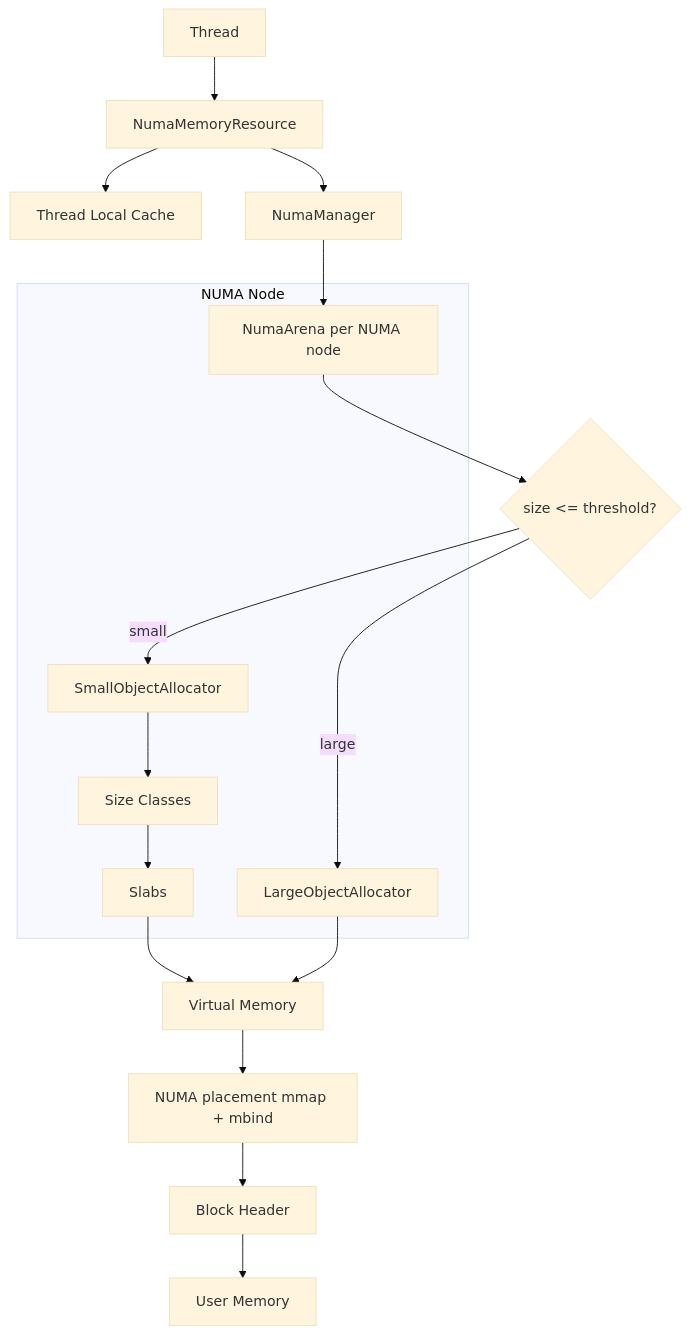
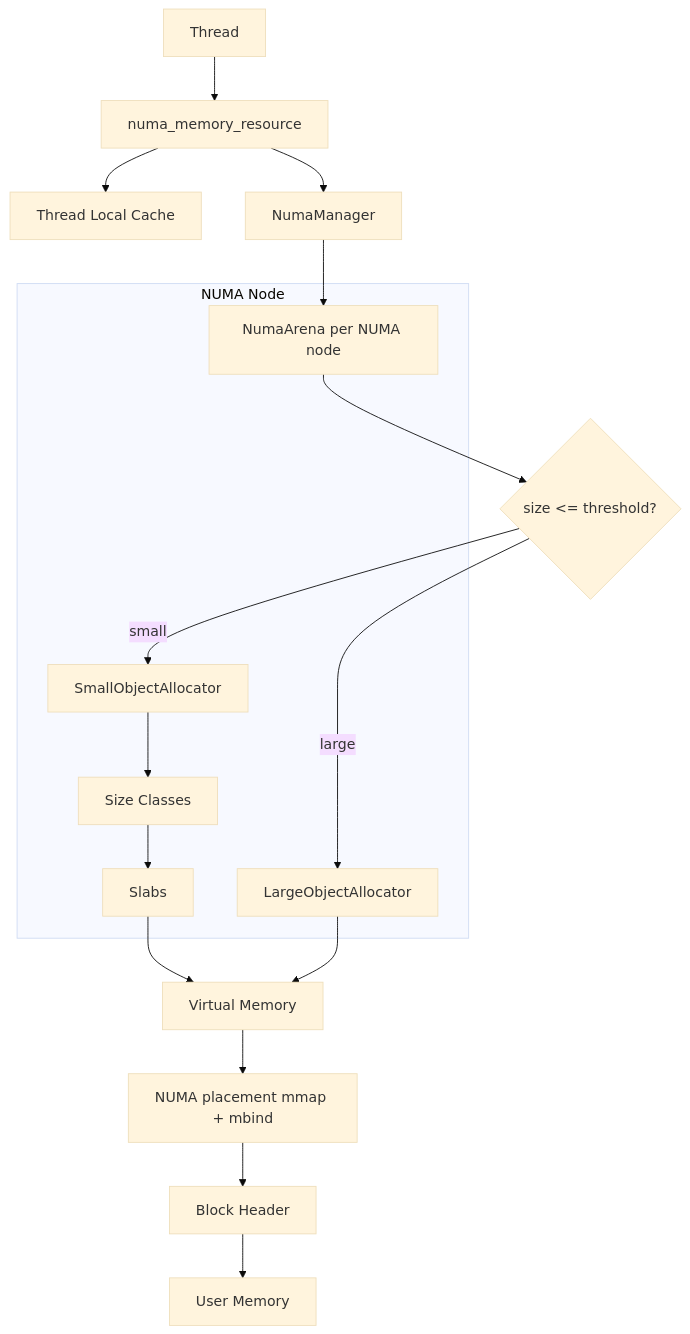
Before and after one commit to donar337/numa-pmr: the diagram in graphic/layers.md, drawn with Mermaid (base theme). The commit also changed 8 other files, not shown here.

````diff
--- a/graphic/layers.md
+++ b/graphic/layers.md
@@ -1,37 +1,37 @@
 ```mermaid
 flowchart TD
 
     T[Thread]
 
-    T --> PMR[NumaMemoryResource]
+    T --> PMR[numa_memory_resource]
 
     PMR --> TLC[Thread Local Cache]
 
     PMR --> NM[NumaManager]
 
     NM --> NA[NumaArena per NUMA node]
 
     NA --> DEC{size <= threshold?}
 
     DEC -- small --> SOA[SmallObjectAllocator]
     DEC -- large --> LOA[LargeObjectAllocator]
 
     SOA --> SC[Size Classes]
     SC --> SL[Slabs]
 
     SL --> VM[Virtual Memory]
     LOA --> VM
 
     VM --> NUMA[NUMA placement mmap + mbind]
 
     NUMA --> BH[Block Header]
     BH --> UM[User Memory]
 
     subgraph NUMA Node
         NA
         SOA
         SC
         SL
         LOA
     end
 ```
````
